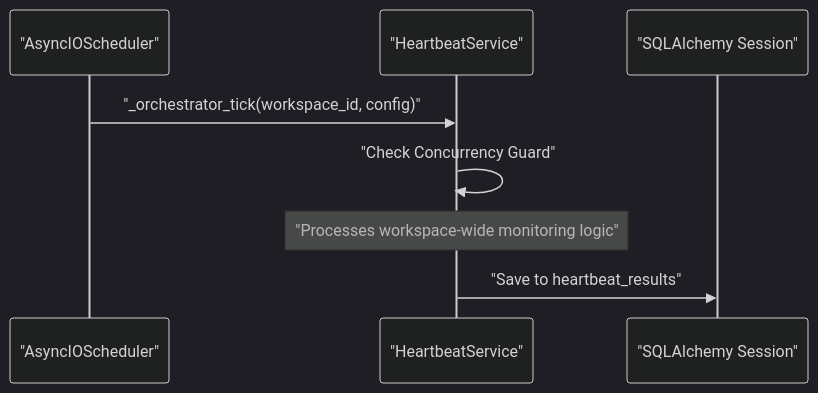
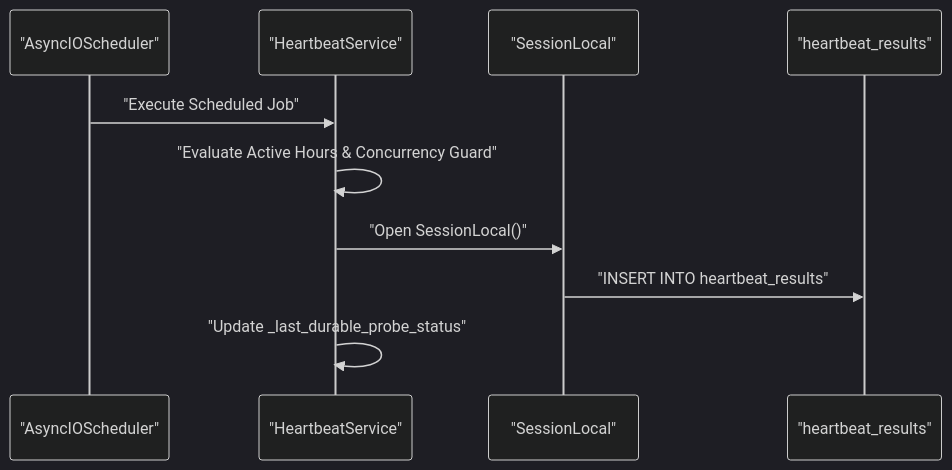
Before and after one commit to AutomatosAI/automatos-ai: the second of 2 diagrams in docs/heartbeat-proactive-assistant/heartbeat-architecture.md, drawn with Mermaid (dark theme). The commit also changed other lines of this file and 191 other files, not shown here.

````diff
--- a/docs/heartbeat-proactive-assistant/heartbeat-architecture.md
+++ b/docs/heartbeat-proactive-assistant/heartbeat-architecture.md
@@ -112,11 +128,13 @@
 ```mermaid
 sequenceDiagram
     participant APS as "AsyncIOScheduler"
     participant HBS as "HeartbeatService"
-    participant DB as "SQLAlchemy Session"
+    participant DB as "SessionLocal"
+    participant HB as "heartbeat_results"
 
-    APS->>HBS: "_orchestrator_tick(workspace_id, config)"
-    HBS->>HBS: "Check Concurrency Guard"
-    Note over HBS: "Processes workspace-wide monitoring logic"
-    HBS->>DB: "Save to heartbeat_results"
+    APS->>HBS: "Execute Scheduled Job"
+    HBS->>HBS: "Evaluate Active Hours & Concurrency Guard"
+    HBS->>DB: "Open SessionLocal()"
+    DB->>HB: "INSERT INTO heartbeat_results"
+    HBS->>HBS: "Update _last_durable_probe_status"
 ```
````
